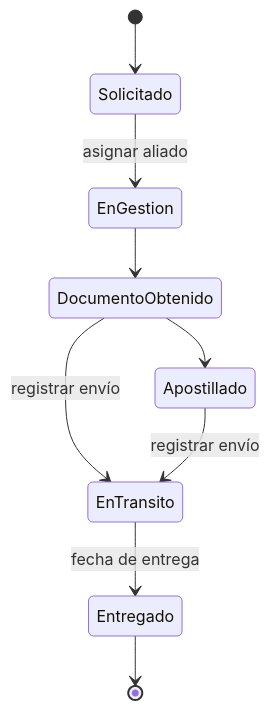
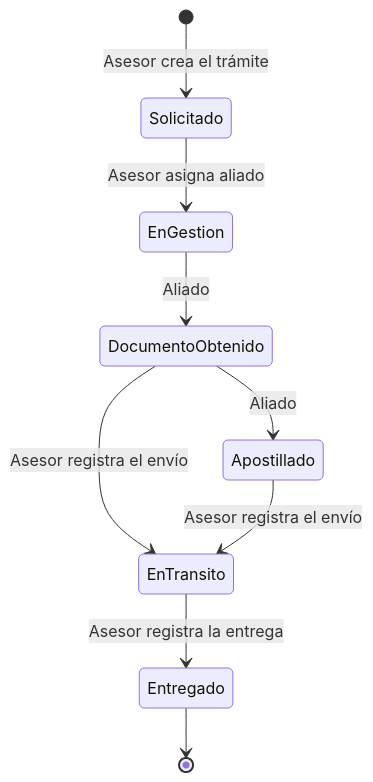
One commit to Androx2000/AliadaLegal-DAS901 changed the fourth of 7 diagrams in docs/ux/flujos-navegacion.md. Above: the diagram before and after it, drawn with Mermaid. The commit also changed other lines of this file and 4 other files, not shown here.

Commit message:
Corrige documentación UX: roles Administrador/Asesor/Aliado, consulta pública RF06 como Must

````diff
--- a/docs/ux/flujos-navegacion.md
+++ b/docs/ux/flujos-navegacion.md
@@ -44,11 +63,11 @@
 ```mermaid
 stateDiagram-v2
-    [*] --> Solicitado
-    Solicitado --> EnGestion : asignar aliado
-    EnGestion --> DocumentoObtenido
-    DocumentoObtenido --> Apostillado
-    DocumentoObtenido --> EnTransito : registrar envío
-    Apostillado --> EnTransito : registrar envío
-    EnTransito --> Entregado : fecha de entrega
+    [*] --> Solicitado : Asesor crea el trámite
+    Solicitado --> EnGestion : Asesor asigna aliado
+    EnGestion --> DocumentoObtenido : Aliado
+    DocumentoObtenido --> Apostillado : Aliado
+    DocumentoObtenido --> EnTransito : Asesor registra el envío
+    Apostillado --> EnTransito : Asesor registra el envío
+    EnTransito --> Entregado : Asesor registra la entrega
     Entregado --> [*]
 ```
````
